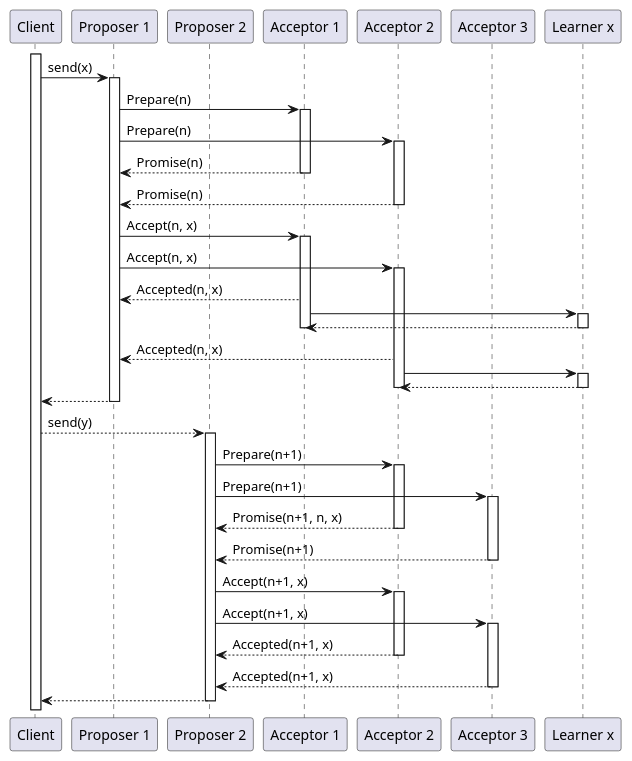
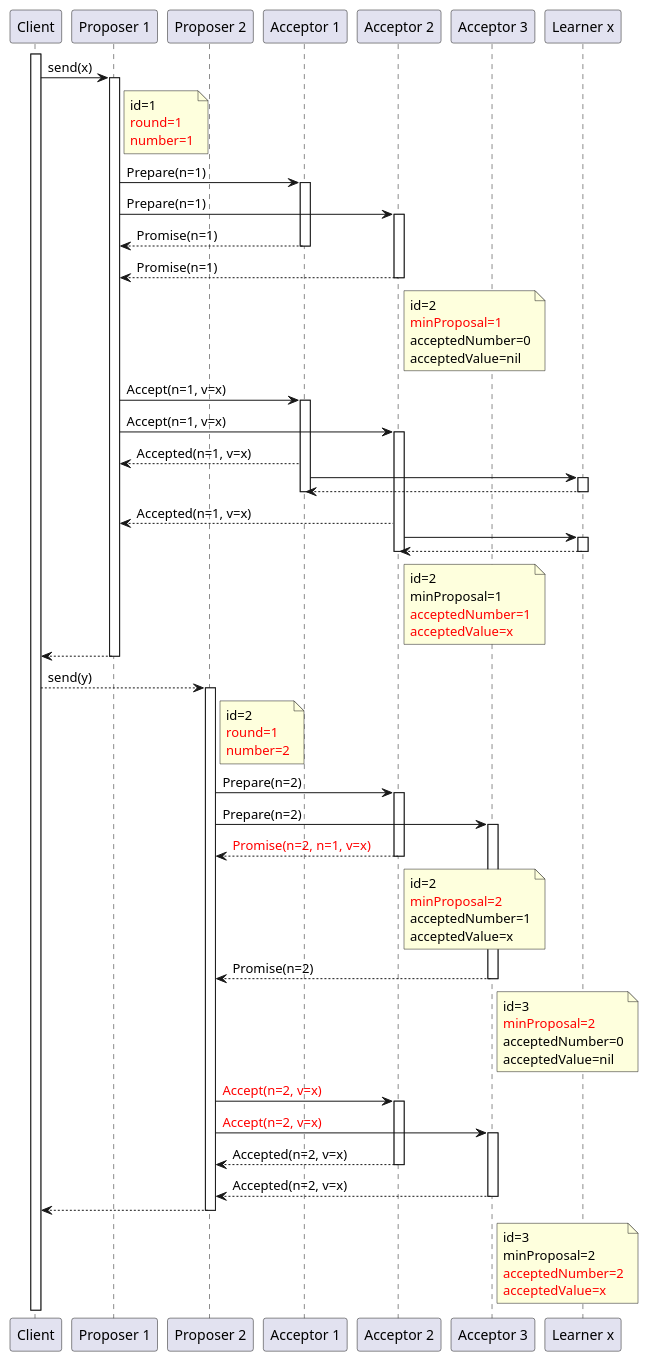
Before and after one commit to nocnob/notfound: the third of 3 diagrams in src/pages/posts/distribution-paxos-basic.adoc, drawn with PlantUML. The commit also changed other lines of this file, not shown here.

```diff
--- a/src/pages/posts/distribution-paxos-basic.adoc
+++ b/src/pages/posts/distribution-paxos-basic.adoc
@@ -117,69 +122,76 @@
 [source,plantuml]
 ----
 @startuml
 participant Client as c
 participant "Proposer 1" as p1
 participant "Proposer 2" as p2
 participant "Acceptor 1" as a1
 participant "Acceptor 2" as a2
 participant "Acceptor 3" as a3
 participant "Learner x" as lx
 
 activate c
 c -> p1 : send(x)
 activate p1
 
-p1 -> a1 : Prepare(n)
+note right p1: id=1\n<font color=red>round=1\n<font color=red>number=1
+p1 -> a1 : Prepare(n=1)
 activate a1
-p1 -> a2 : Prepare(n)
+p1 -> a2 : Prepare(n=1)
 activate a2
-p1 <-- a1 : Promise(n)
+p1 <-- a1 : Promise(n=1)
 deactivate a1
-p1 <-- a2 : Promise(n)
+p1 <-- a2 : Promise(n=1)
 deactivate a2
+note right a2: id=2\n<font color=red>minProposal=1\nacceptedNumber=0\nacceptedValue=nil
 
-p1 -> a1 : Accept(n, x)
+p1 -> a1 : Accept(n=1, v=x)
 activate a1
-p1 -> a2 : Accept(n, x)
+p1 -> a2 : Accept(n=1, v=x)
 activate a2
-p1 <-- a1 : Accepted(n, x)
+p1 <-- a1 : Accepted(n=1, v=x)
 a1 -> lx
 activate lx
 a1 <-- lx
 deactivate lx
 deactivate a1
-p1 <-- a2 : Accepted(n, x)
+p1 <-- a2 : Accepted(n=1, v=x)
 a2 -> lx
 activate lx
 a2 <-- lx
 deactivate lx
 deactivate a2
+note right a2: id=2\nminProposal=1\n<font color=red>acceptedNumber=1\n<font color=red>acceptedValue=x
 
 c <-- p1
 deactivate p1
 
 c --> p2 : send(y)
 activate p2
 
-p2 -> a2 : Prepare(n+1)
+note right p2: id=2\n<font color=red>round=1\n<font color=red>number=2
+p2 -> a2 : Prepare(n=2)
 activate a2
-p2 -> a3 : Prepare(n+1)
+p2 -> a3 : Prepare(n=2)
 activate a3
 
-p2 <-- a2 : Promise(n+1, n, x)
+p2 <-- a2 : <font color=red>Promise(n=2, n=1, v=x)
 deactivate a2
-p2 <-- a3 : Promise(n+1)
+note right a2: id=2\n<font color=red>minProposal=2\nacceptedNumber=1\nacceptedValue=x
+p2 <-- a3 : Promise(n=2)
 deactivate a3
+note right a3: id=3\n<font color=red>minProposal=2\nacceptedNumber=0\nacceptedValue=nil
 
-p2 -> a2 : Accept(n+1, x)
+p2 -> a2 : <font color=red>Accept(n=2, v=x)
 activate a2
-p2 -> a3 : Accept(n+1, x)
+p2 -> a3 : <font color=red>Accept(n=2, v=x)
 activate a3
-p2 <-- a2 : Accepted(n+1, x)
+p2 <-- a2 : Accepted(n=2, v=x)
 deactivate a2
-p2 <-- a3 : Accepted(n+1, x)
+p2 <-- a3 : Accepted(n=2, v=x)
 deactivate a3
 c <-- p2
 deactivate p2
+note right a3: id=3\nminProposal=2\n<font color=red>acceptedNumber=2\n<font color=red>acceptedValue=x
 @enduml
 ----
```
